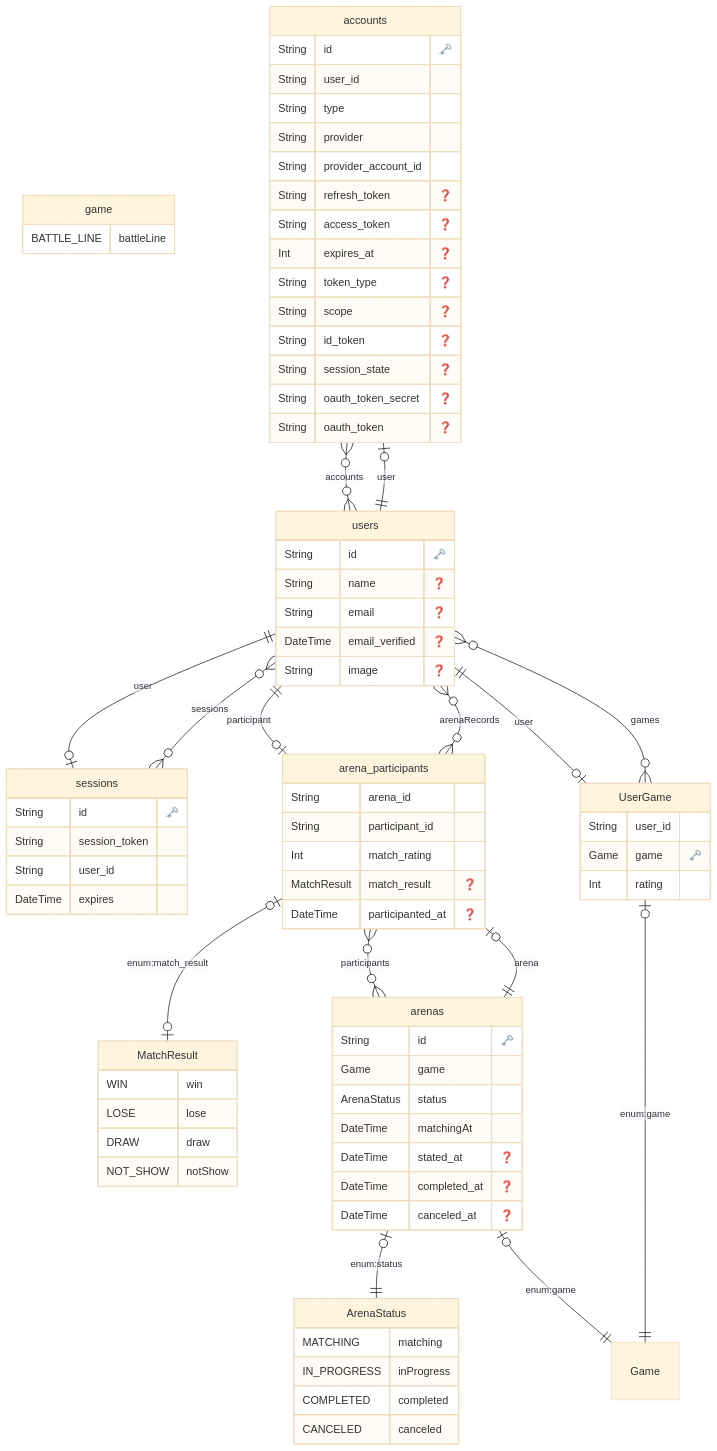
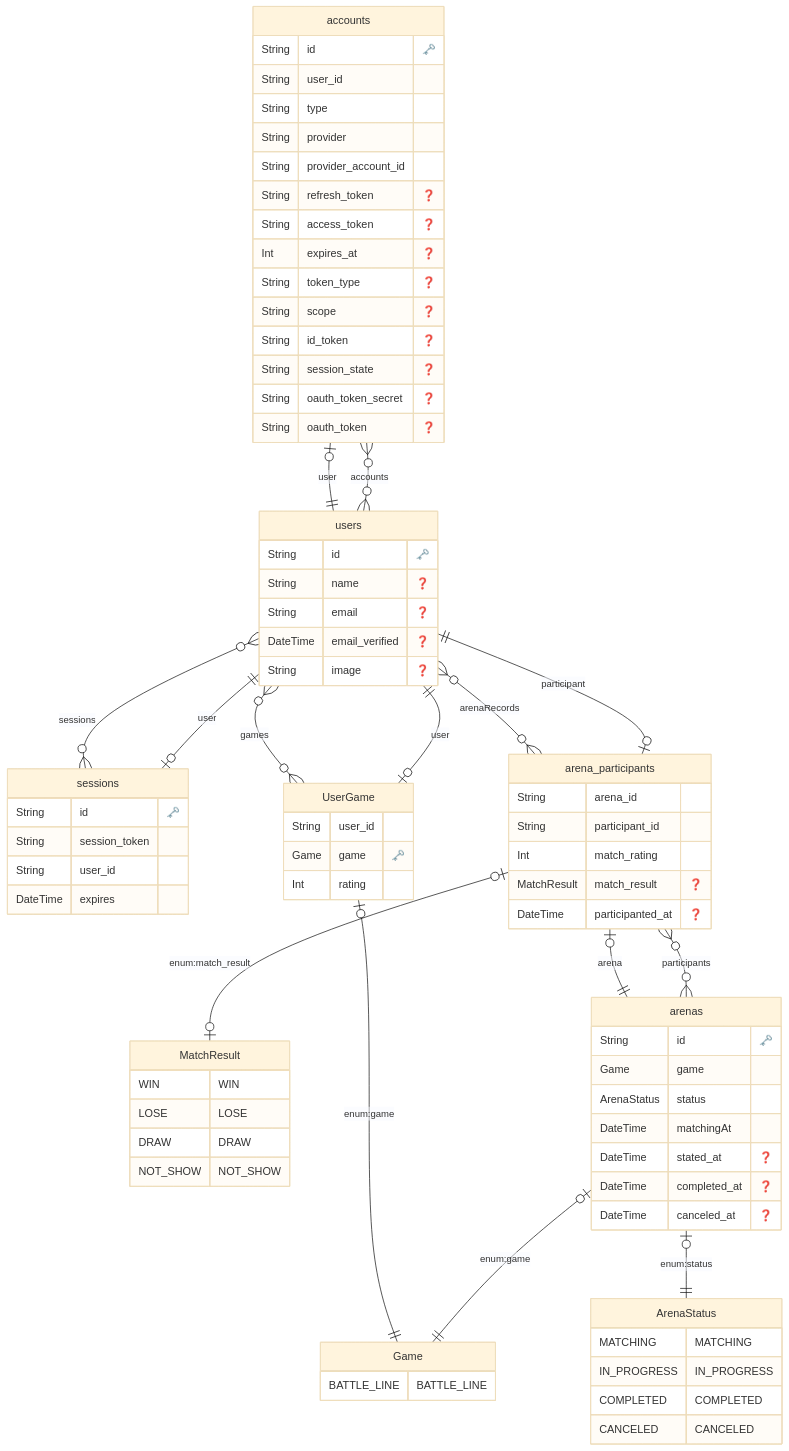
Before and after one commit to hotter6163/rate-world: the diagram in prisma/schema.md, drawn with Mermaid (base theme). The commit also changed 1 other file, not shown here.

Commit message:
:fire: remove unnecessary maps

````diff
--- a/prisma/schema.md
+++ b/prisma/schema.md
@@ -1,26 +1,26 @@
 ```mermaid
 erDiagram
 
-        game {
-            BATTLE_LINE battleLine
+        Game {
+            BATTLE_LINE BATTLE_LINE
         }
     
 
 
         ArenaStatus {
-            MATCHING matching
-IN_PROGRESS inProgress
-COMPLETED completed
-CANCELED canceled
+            MATCHING MATCHING
+IN_PROGRESS IN_PROGRESS
+COMPLETED COMPLETED
+CANCELED CANCELED
         }
     
 
 
         MatchResult {
-            WIN win
-LOSE lose
-DRAW draw
-NOT_SHOW notShow
+            WIN WIN
+LOSE LOSE
+DRAW DRAW
+NOT_SHOW NOT_SHOW
         }
     
   "accounts" {
````
